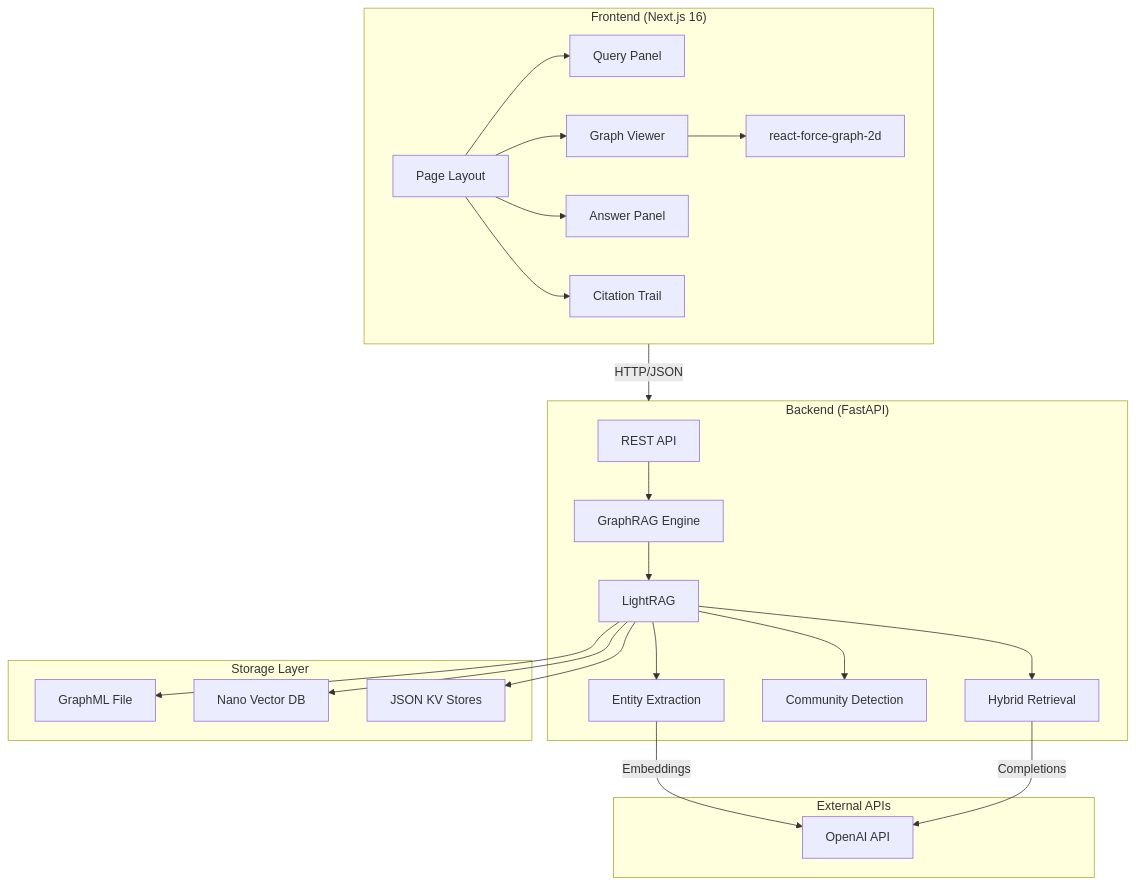
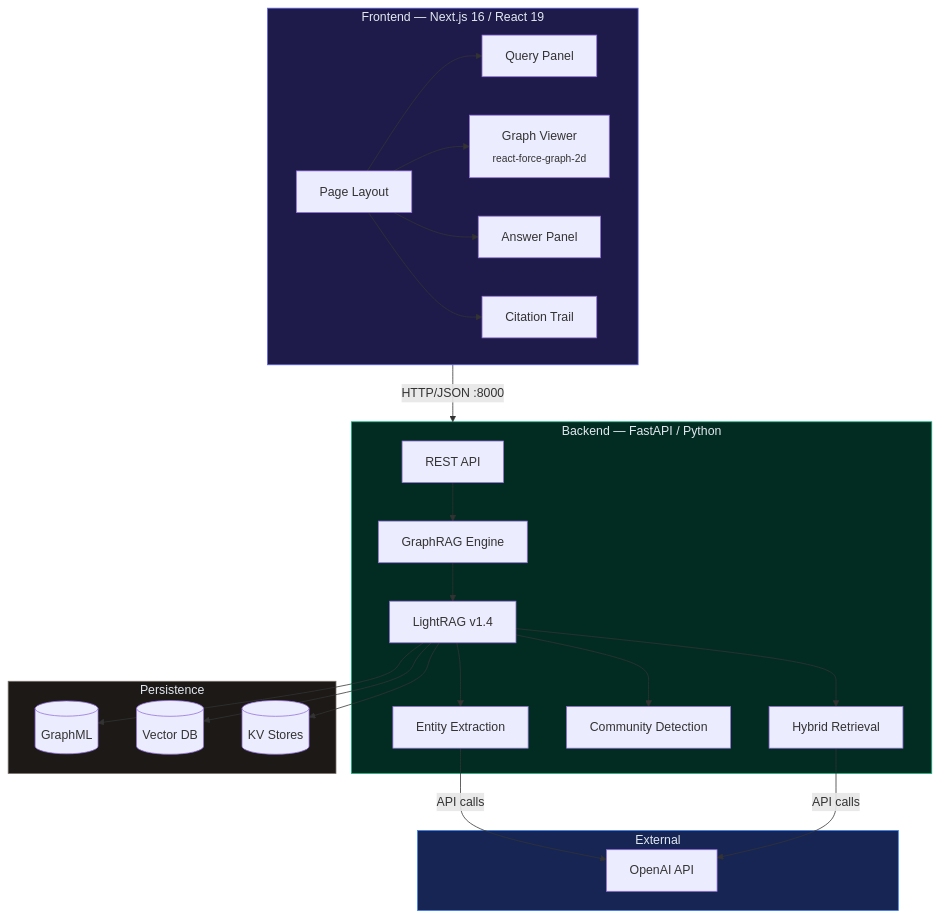
Before and after one commit to soneeee22000/tracegraph: the first of 3 diagrams in README.md, drawn with Mermaid. The commit also changed other lines of this file and 2 other files, not shown here.

First line of the commit message:
docs: premium README with About section, badges, screenshots, and diagrams

````diff
--- a/README.md
+++ b/README.md
@@ -81,35 +156,36 @@
 ```mermaid
 graph TB
-    subgraph Frontend ["Frontend (Next.js 16)"]
+    subgraph Frontend ["Frontend — Next.js 16 / React 19"]
         UI[Page Layout] --> QP[Query Panel]
-        UI --> GV[Graph Viewer]
+        UI --> GV["Graph Viewer<br/><sub>react-force-graph-2d</sub>"]
         UI --> AP[Answer Panel]
         UI --> CT[Citation Trail]
-        GV --> FG[react-force-graph-2d]
     end
 
-    subgraph Backend ["Backend (FastAPI)"]
+    subgraph Backend ["Backend — FastAPI / Python"]
         API[REST API] --> GE[GraphRAG Engine]
-        GE --> LR[LightRAG]
+        GE --> LR[LightRAG v1.4]
         LR --> EE[Entity Extraction]
         LR --> CD[Community Detection]
         LR --> HR[Hybrid Retrieval]
     end
 
-    subgraph Storage ["Storage Layer"]
-        GM[GraphML File]
-        VDB[Nano Vector DB]
-        KV[JSON KV Stores]
+    subgraph Storage ["Persistence"]
+        GM[(GraphML)]
+        VDB[(Vector DB)]
+        KV[(KV Stores)]
     end
 
-    subgraph External ["External APIs"]
+    subgraph External ["External"]
         OAI[OpenAI API]
     end
 
-    Frontend -->|HTTP/JSON| Backend
-    LR --> GM
-    LR --> VDB
-    LR --> KV
-    EE -->|Embeddings| OAI
-    HR -->|Completions| OAI
+    Frontend -- "HTTP/JSON :8000" --> Backend
+    LR --> GM & VDB & KV
+    EE & HR -- "API calls" --> OAI
+
+    style Frontend fill:#1e1b4b,stroke:#6366f1,color:#e2e8f0
+    style Backend fill:#022c22,stroke:#10b981,color:#e2e8f0
+    style Storage fill:#1c1917,stroke:#78716c,color:#e2e8f0
+    style External fill:#172554,stroke:#3b82f6,color:#e2e8f0
 ```
````
